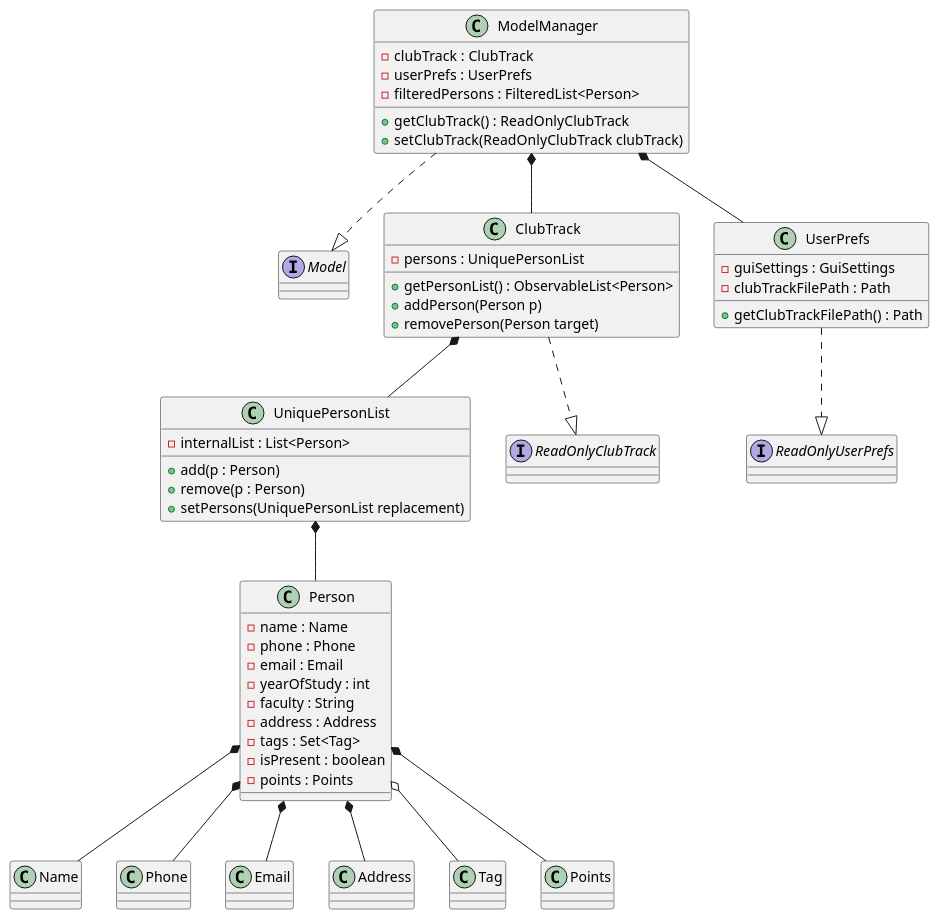
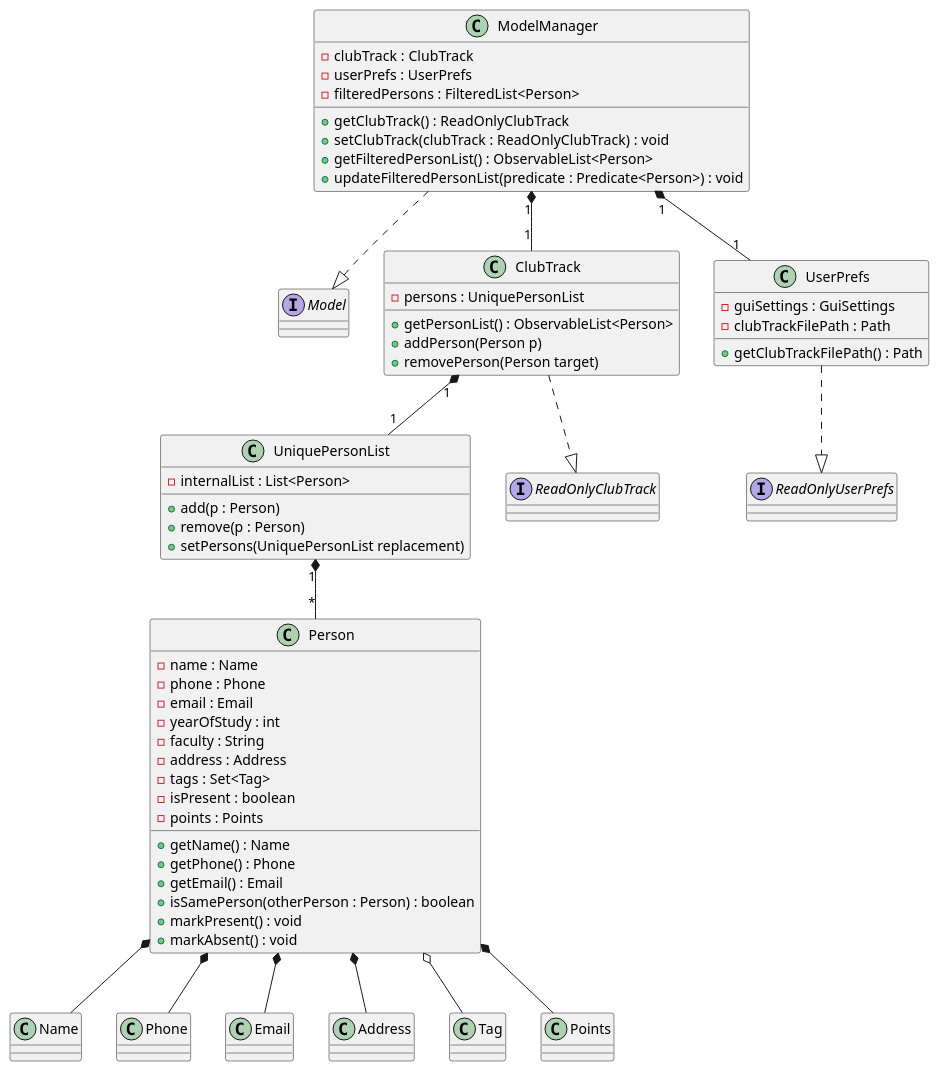
Before and after one commit to javierchuaby/tp: the diagram in docs/diagrams/ModelClassDiagram.puml, drawn with PlantUML. The commit also changed 7 other files, not shown here.

Commit message:
Improve UML diagram

```diff
--- a/docs/diagrams/ModelClassDiagram.puml
+++ b/docs/diagrams/ModelClassDiagram.puml
@@ -1,75 +1,83 @@
 @startuml
 
 ' ===== Model slice =====
 
 interface Model
 
 class ModelManager {
 - clubTrack : ClubTrack
 - userPrefs : UserPrefs
 - filteredPersons : FilteredList<Person>
 + getClubTrack() : ReadOnlyClubTrack
-+ setClubTrack(ReadOnlyClubTrack clubTrack)
++ setClubTrack(clubTrack : ReadOnlyClubTrack) : void
++ getFilteredPersonList() : ObservableList<Person>
++ updateFilteredPersonList(predicate : Predicate<Person>) : void
 }
 
 class ClubTrack {
 - persons : UniquePersonList
 + getPersonList() : ObservableList<Person>
 + addPerson(Person p)
 + removePerson(Person target)
 }
 
 class UniquePersonList {
 - internalList : List<Person>
 + add(p : Person)
 + remove(p : Person)
 + setPersons(UniquePersonList replacement)
 }
 
 class Person {
 - name : Name
 - phone : Phone
 - email : Email
 - yearOfStudy : int
 - faculty : String
 - address : Address
 - tags : Set<Tag>
 - isPresent : boolean
 - points : Points
++ getName() : Name
++ getPhone() : Phone
++ getEmail() : Email
++ isSamePerson(otherPerson : Person) : boolean
++ markPresent() : void
++ markAbsent() : void
 }
 
 class UserPrefs {
 - guiSettings : GuiSettings
 - clubTrackFilePath : Path
 + getClubTrackFilePath() : Path
 }
 
 ' Value objects
 class Name
 class Phone
 class Email
 class Address
 class Tag
 class Points
 
 ' Interfaces
 interface ReadOnlyClubTrack
 interface ReadOnlyUserPrefs
 
 ' Relationships
 ModelManager ..|> Model
 ClubTrack ..|> ReadOnlyClubTrack
 UserPrefs ..|> ReadOnlyUserPrefs
 
-ModelManager *-- ClubTrack
-ModelManager *-- UserPrefs
-ClubTrack *-- UniquePersonList
-UniquePersonList *-- Person
+ModelManager "1" *-- "1" ClubTrack
+ModelManager "1" *-- "1" UserPrefs
+ClubTrack "1" *-- "1" UniquePersonList
+UniquePersonList "1" *-- "*" Person
 Person *-- Name
 Person *-- Phone
 Person *-- Email
 Person *-- Address
 Person *-- Points
 Person o-- Tag
 
 @enduml
```
